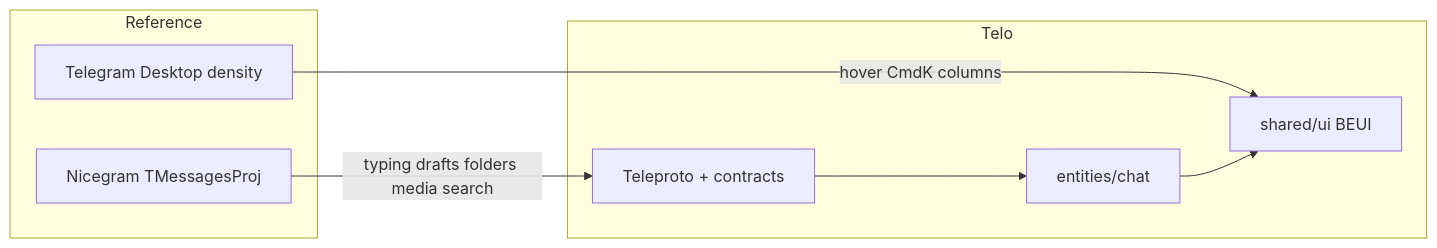
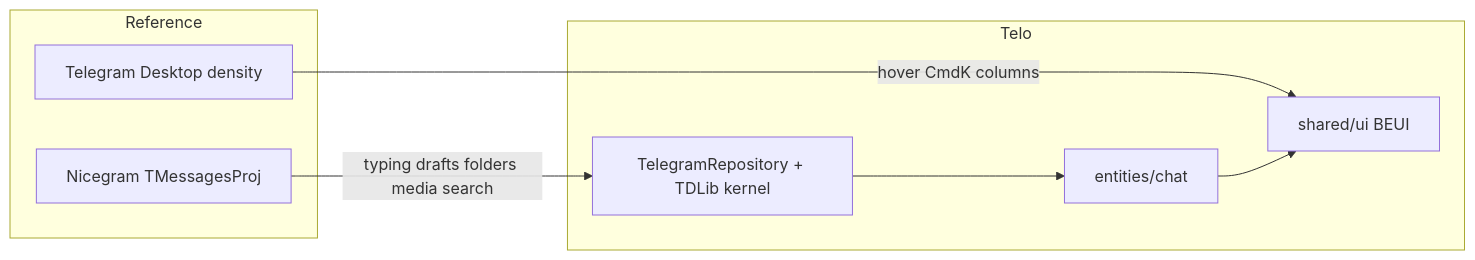
One commit to AstraFoundry/telo changed the diagram in docs/todo/alignment.md. Above: the diagram before and after it, drawn with Mermaid. The commit also changed 8 other files, not shown here.

First line of the commit message:
docs(telegram): adopt tdlib as the client kernel

````diff
--- a/docs/todo/alignment.md
+++ b/docs/todo/alignment.md
@@ -13,16 +13,16 @@
 ```mermaid
 flowchart LR
   subgraph ref [Reference]
     NG["Nicegram TMessagesProj"]
     TD["Telegram Desktop density"]
   end
   subgraph telo [Telo]
-    TP["Teleproto + contracts"]
+    TP["TelegramRepository + TDLib kernel"]
     UI["shared/ui BEUI"]
     Chat["entities/chat"]
   end
   NG -->|"typing drafts folders media search"| TP
   TD -->|"hover CmdK columns"| UI
   TP --> Chat
   Chat --> UI
 ```
````
